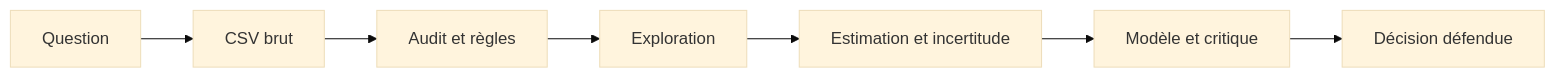
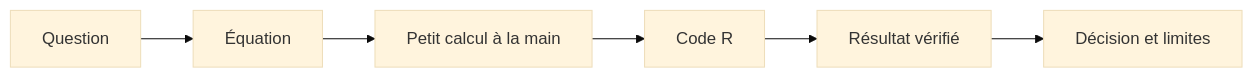
The diagram in README.md (jodouma/leaders-r-statistiques-18h), drawn with Mermaid (base theme) before and after one commit. The commit also changed other lines of this file and 82 other files, not shown here.

````diff
--- a/README.md
+++ b/README.md
@@ -46,9 +59,8 @@
 ```mermaid
 flowchart LR
-  A[Question] --> B[CSV brut]
-  B --> C[Audit et règles]
-  C --> D[Exploration]
-  D --> E[Estimation et incertitude]
-  E --> F[Modèle et critique]
-  F --> G[Décision défendue]
+  Q[Question] --> E[Équation]
+  E --> M[Petit calcul à la main]
+  M --> R[Code R]
+  R --> V[Résultat vérifié]
+  V --> D[Décision et limites]
 ```
````
